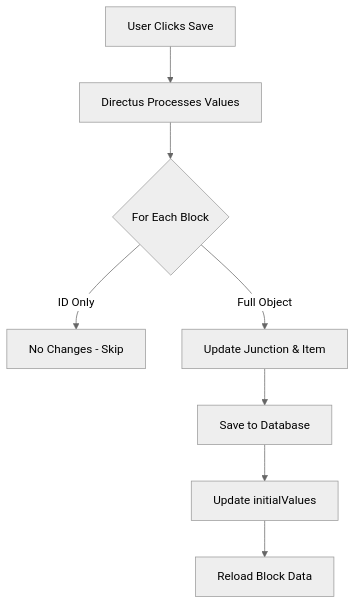
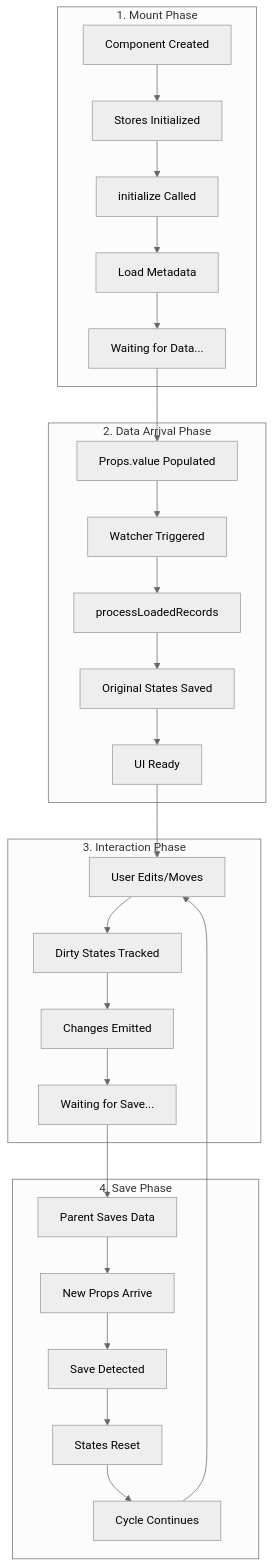
Before and after one commit to smartlabsAT/directus-expandable-blocks: the second of 14 diagrams in ARCHITECTURE.md, drawn with Mermaid (neutral theme). The commit also changed other lines of this file, not shown here.

First line of the commit message:
docs: add comprehensive store architecture documentation

````diff
--- a/ARCHITECTURE.md
+++ b/ARCHITECTURE.md
@@ -229,10 +305,34 @@
 ```mermaid
-graph TD
-    A[User Clicks Save] --> B[Directus Processes Values]
-    B --> C{For Each Block}
-    C -->|ID Only| D[No Changes - Skip]
-    C -->|Full Object| E[Update Junction & Item]
-    E --> F[Save to Database]
-    F --> G[Update initialValues]
-    G --> H[Reload Block Data]
+graph TB
+    subgraph MP["1. Mount Phase"]
+        A[Component Created] --> B[Stores Initialized]
+        B --> C[initialize Called]
+        C --> D[Load Metadata]
+        D --> E[Waiting for Data...]
+    end
+    
+    subgraph DA["2. Data Arrival Phase"]
+        F[Props.value Populated] --> G[Watcher Triggered]
+        G --> H[processLoadedRecords]
+        H --> I[Original States Saved]
+        I --> J[UI Ready]
+    end
+    
+    subgraph IP["3. Interaction Phase"]
+        K[User Edits/Moves] --> L[Dirty States Tracked]
+        L --> M[Changes Emitted]
+        M --> N[Waiting for Save...]
+    end
+    
+    subgraph SP["4. Save Phase"]
+        O[Parent Saves Data] --> P[New Props Arrive]
+        P --> Q[Save Detected]
+        Q --> R[States Reset]
+        R --> S[Cycle Continues]
+    end
+    
+    E --> F
+    J --> K
+    N --> O
+    S --> K
 ```
````
